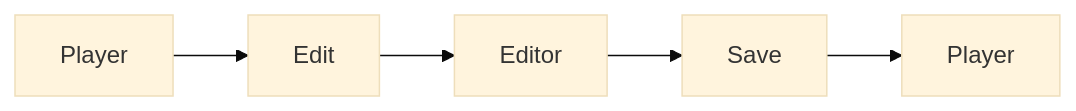
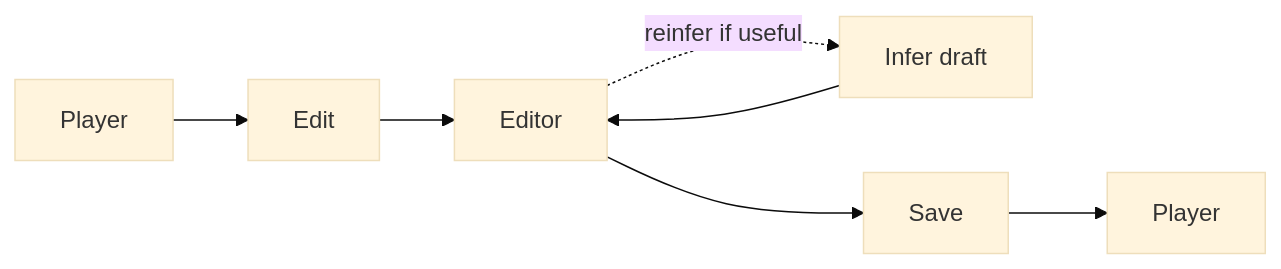
The sixth of 6 diagrams in docs/overview.md (robertdyr/skales-v1), drawn with Mermaid (base theme) before and after one commit. The commit also changed other lines of this file and 34 other files, not shown here.

````diff
--- a/docs/overview.md
+++ b/docs/overview.md
@@ -70,7 +134,8 @@
 ```mermaid
 flowchart LR
-    PlayerD1["Player"] --> Edit["Edit"]
-    Edit --> EditorD["Editor"]
-    EditorD --> SaveD["Save"]
-    SaveD --> PlayerD2["Player"]
+    PlayerE1["Player"] --> Edit["Edit"] --> EditorE["Editor"]
+    EditorE -. reinfer if useful .-> InferE["Infer draft"]
+    InferE --> EditorE
+    EditorE --> SaveE["Save"]
+    SaveE --> PlayerE2["Player"]
 ```
````
